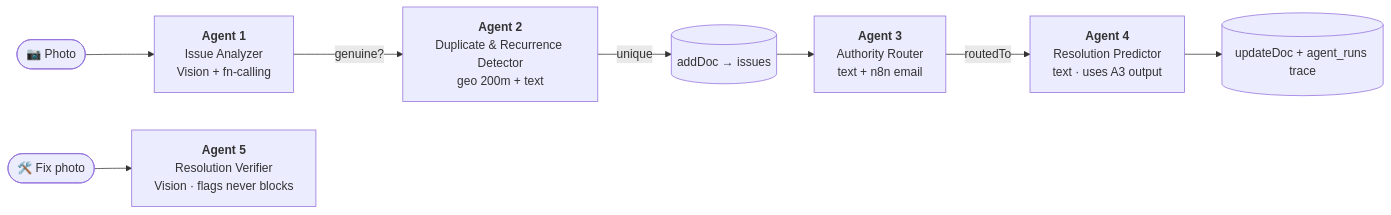
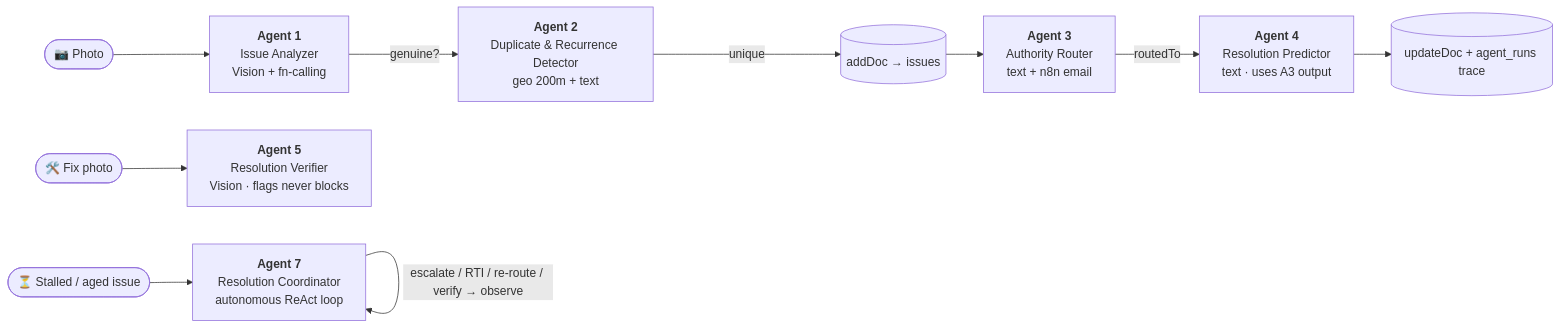
Before and after one commit to siddhesh8k/janashakti: the first of 3 diagrams in README.md, drawn with Mermaid. The commit also changed other lines of this file and 26 other files, not shown here.

````diff
--- a/README.md
+++ b/README.md
@@ -148,11 +148,13 @@
 ```mermaid
 flowchart LR
     Photo([📷 Photo]) --> A1
     A1["<b>Agent 1</b><br/>Issue Analyzer<br/>Vision + fn-calling"]
     A1 -->|genuine?| A2["<b>Agent 2</b><br/>Duplicate & Recurrence Detector<br/>geo 200m + text"]
     A2 -->|unique| Save[(addDoc → issues)]
     Save --> A3["<b>Agent 3</b><br/>Authority Router<br/>text + n8n email"]
     A3 -->|routedTo| A4["<b>Agent 4</b><br/>Resolution Predictor<br/>text · uses A3 output"]
     A4 --> Persist[(updateDoc + agent_runs trace)]
     Fix([🛠️ Fix photo]) --> A5["<b>Agent 5</b><br/>Resolution Verifier<br/>Vision · flags never blocks"]
+    Stalled([⏳ Stalled / aged issue]) --> A7["<b>Agent 7</b><br/>Resolution Coordinator<br/>autonomous ReAct loop"]
+    A7 -->|"escalate / RTI / re-route / verify → observe"| A7
 ```
````
